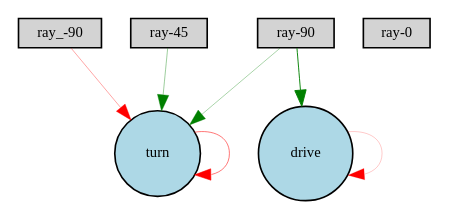
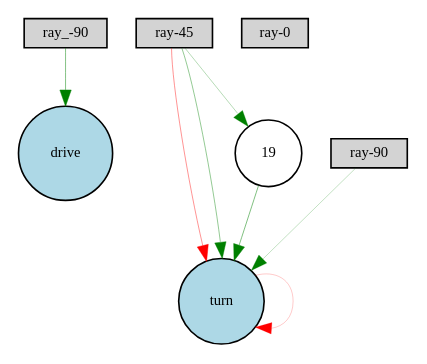
One commit to JackLowry/Boost changed the diagram in Digraph.gv. Above: the diagram before and after it, drawn with Graphviz. The commit also changed 11 other files, not shown here.

```diff
--- a/Digraph.gv
+++ b/Digraph.gv
@@ -1,16 +1,18 @@
 digraph {
 	node [fontsize=9 height=0.2 shape=circle width=0.2]
 	"ray_-90" [fillcolor=lightgray shape=box style=filled]
 	"ray-45" [fillcolor=lightgray shape=box style=filled]
 	"ray-0" [fillcolor=lightgray shape=box style=filled]
 	"ray-45" [fillcolor=lightgray shape=box style=filled]
 	"ray-90" [fillcolor=lightgray shape=box style=filled]
 	drive [fillcolor=lightblue style=filled]
 	turn [fillcolor=lightblue style=filled]
-	turn -> turn [color=red penwidth=0.33256072218343535 style=solid]
-	"ray-90" -> drive [color=green penwidth=0.5713093826688433 style=solid]
-	"ray-45" -> turn [color=green penwidth=0.2418716460416414 style=solid]
-	"ray_-90" -> turn [color=red penwidth=0.21708463107181436 style=solid]
-	drive -> drive [color=red penwidth=0.13009794318562817 style=solid]
-	"ray-90" -> turn [color=green penwidth=0.2079498885963277 style=solid]
+	19 [fillcolor=white style=filled]
+	"ray-45" -> turn [color=red penwidth=0.26042376727968597 style=solid]
+	"ray-45" -> turn [color=green penwidth=0.2610494080614105 style=solid]
+	"ray-90" -> turn [color=green penwidth=0.15316356684440796 style=solid]
+	turn -> turn [color=red penwidth=0.12914345321211335 style=solid]
+	"ray_-90" -> drive [color=green penwidth=0.3019373305874282 style=solid]
+	"ray-45" -> 19 [color=green penwidth=0.18082764721985595 style=solid]
+	19 -> turn [color=green penwidth=0.31475114448816055 style=solid]
 }
```
